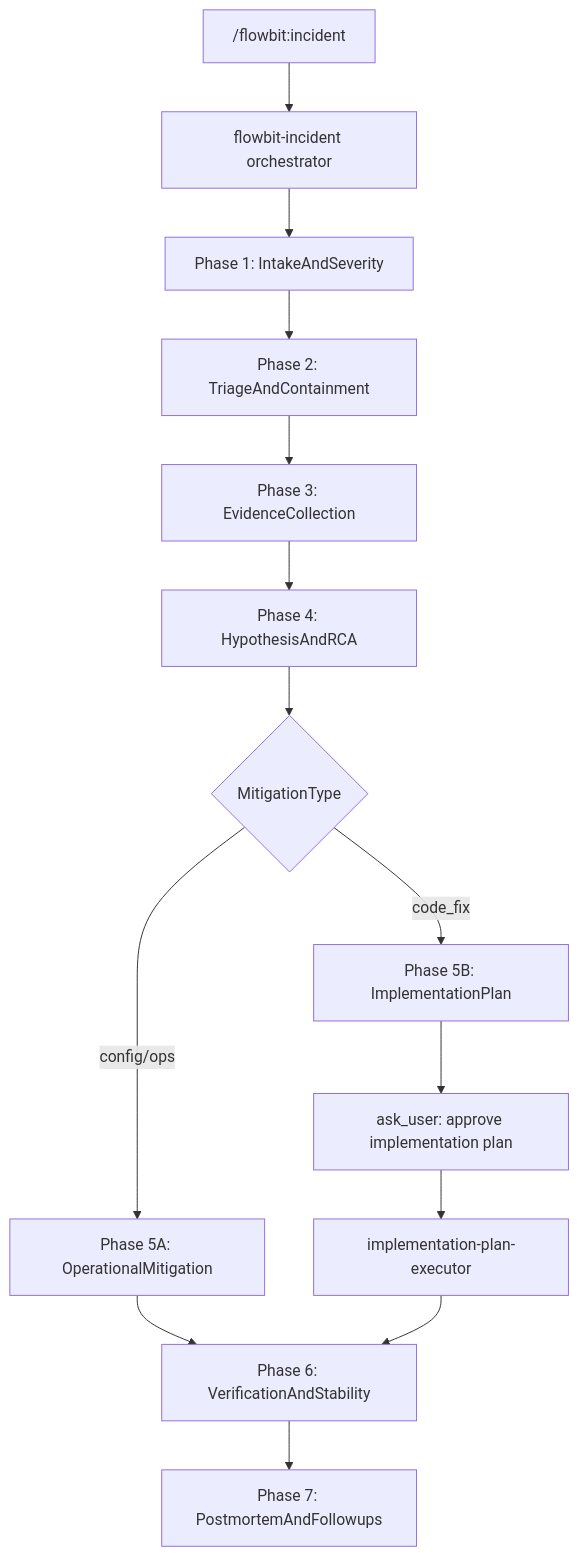
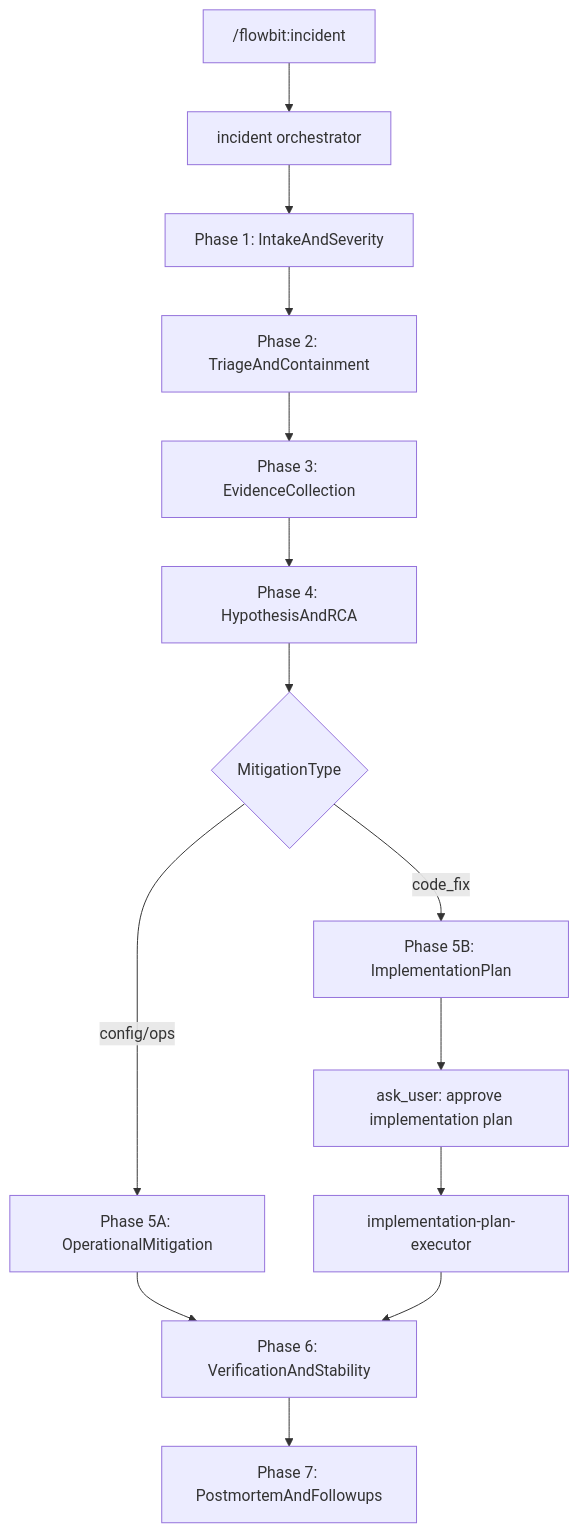
One commit to plucins/flowbit changed the diagram in src/skills/incident/SKILL.md. Above: the diagram before and after it, drawn with Mermaid. The commit also changed other lines of this file and 55 other files, not shown here.

````diff
--- a/src/skills/incident/SKILL.md
+++ b/src/skills/incident/SKILL.md
@@ -69,16 +69,16 @@
 ```mermaid
 flowchart TD
-  incidentCmd["/flowbit:incident"] --> incidentSkill["flowbit-incident orchestrator"]
+  incidentCmd["/flowbit:incident"] --> incidentSkill["incident orchestrator"]
   incidentSkill --> intake["Phase 1: IntakeAndSeverity"]
   intake --> triage["Phase 2: TriageAndContainment"]
   triage --> evidence["Phase 3: EvidenceCollection"]
   evidence --> hypotheses["Phase 4: HypothesisAndRCA"]
   hypotheses --> decision{MitigationType}
   decision -->|"config/ops"| opsFix["Phase 5A: OperationalMitigation"]
   decision -->|"code_fix"| implPlan["Phase 5B: ImplementationPlan"]
   implPlan --> askGate["ask_user: approve implementation plan"]
   askGate --> implExec["implementation-plan-executor"]
   opsFix --> verify["Phase 6: VerificationAndStability"]
   implExec --> verify
   verify --> postmortem["Phase 7: PostmortemAndFollowups"]
 ```
````
